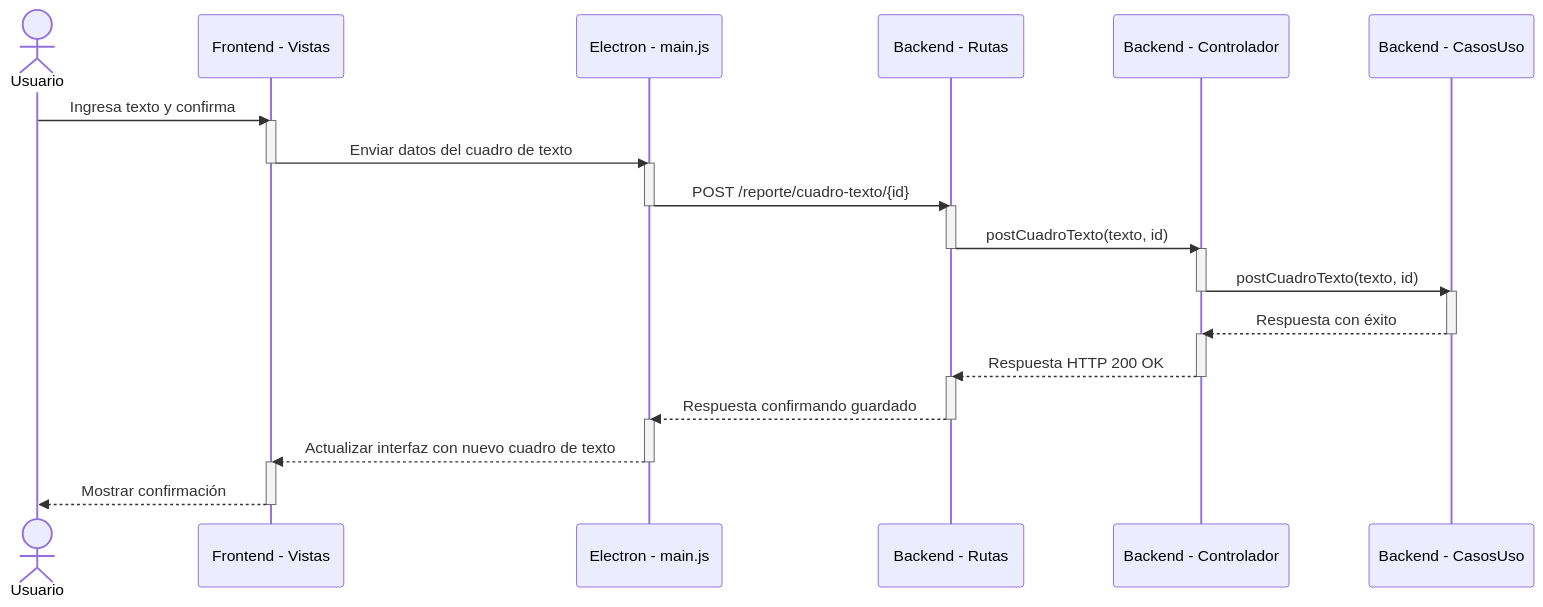
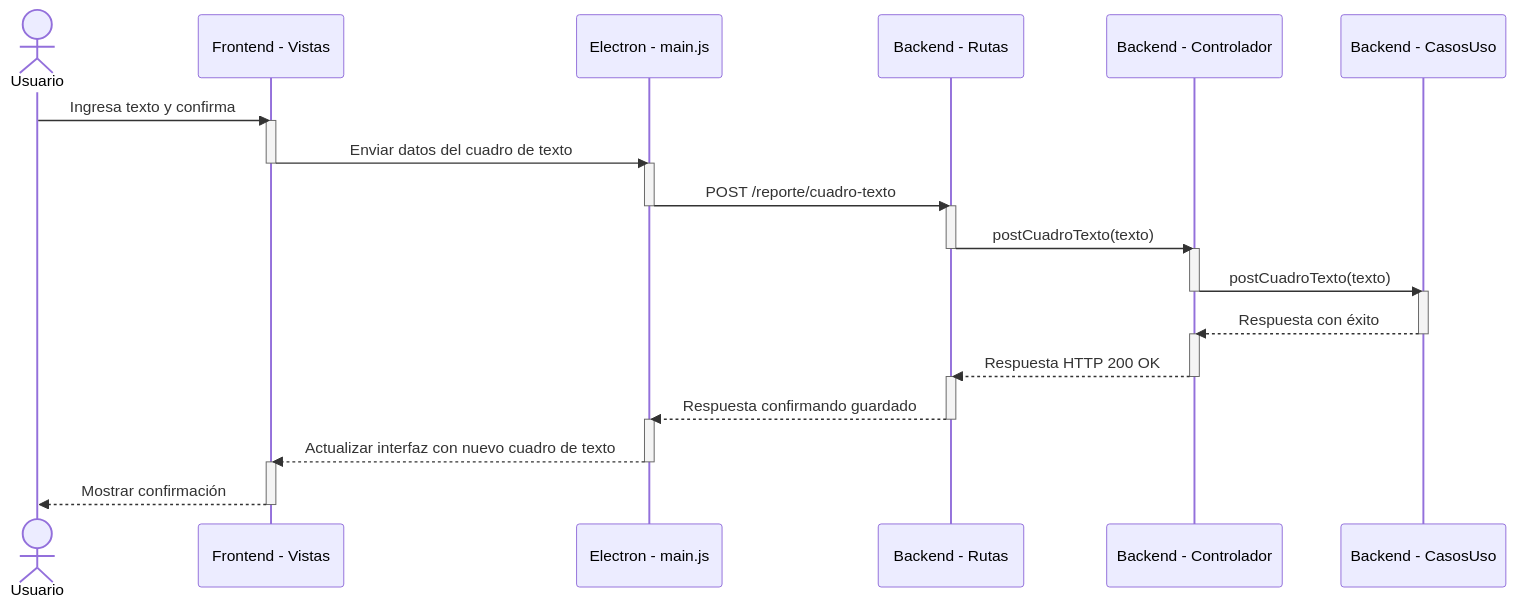
Before and after one commit to CodeAnd-Co/Documentacion: the diagram in documentation/docs/proyectos/tractores/documentacion/requisitos/RF18.md, drawn with Mermaid. The commit also changed other lines of this file and 55 other files, not shown here.

````diff
--- a/documentation/docs/proyectos/tractores/documentacion/requisitos/RF18.md
+++ b/documentation/docs/proyectos/tractores/documentacion/requisitos/RF18.md
@@ -25,47 +21,47 @@
 ```mermaid
 sequenceDiagram
     actor Usuario
     participant Vistas as Frontend - Vistas
     participant Electron as Electron - main.js
     participant Rutas as Backend - Rutas
     participant Controladores as Backend - Controlador
     participant CasosUso as Backend - CasosUso
 
     Usuario ->> Vistas : Ingresa texto y confirma
 
     Activate Vistas
     Vistas ->> Electron : Enviar datos del cuadro de texto
     Deactivate Vistas
 
     Activate Electron
-    Electron ->> Rutas : POST /reporte/cuadro-texto/{id}
+    Electron ->> Rutas : POST /reporte/cuadro-texto
     Deactivate Electron
 
     Activate Rutas
-    Rutas ->> Controladores : postCuadroTexto(texto, id)
+    Rutas ->> Controladores : postCuadroTexto(texto)
     Deactivate Rutas
 
     Activate Controladores
-    Controladores ->> CasosUso : postCuadroTexto(texto, id)
+    Controladores ->> CasosUso : postCuadroTexto(texto)
     Deactivate Controladores
 
     Activate CasosUso
     CasosUso -->> Controladores : Respuesta con éxito
     Deactivate CasosUso
 
     Activate Controladores
     Controladores -->> Rutas : Respuesta HTTP 200 OK
     Deactivate Controladores
 
     Activate Rutas
     Rutas -->> Electron : Respuesta confirmando guardado
     Deactivate Rutas
 
     Activate Electron
     Electron -->> Vistas : Actualizar interfaz con nuevo cuadro de texto
     Deactivate Electron
 
     Activate Vistas
     Vistas -->> Usuario : Mostrar confirmación
     Deactivate Vistas
 ```
````
